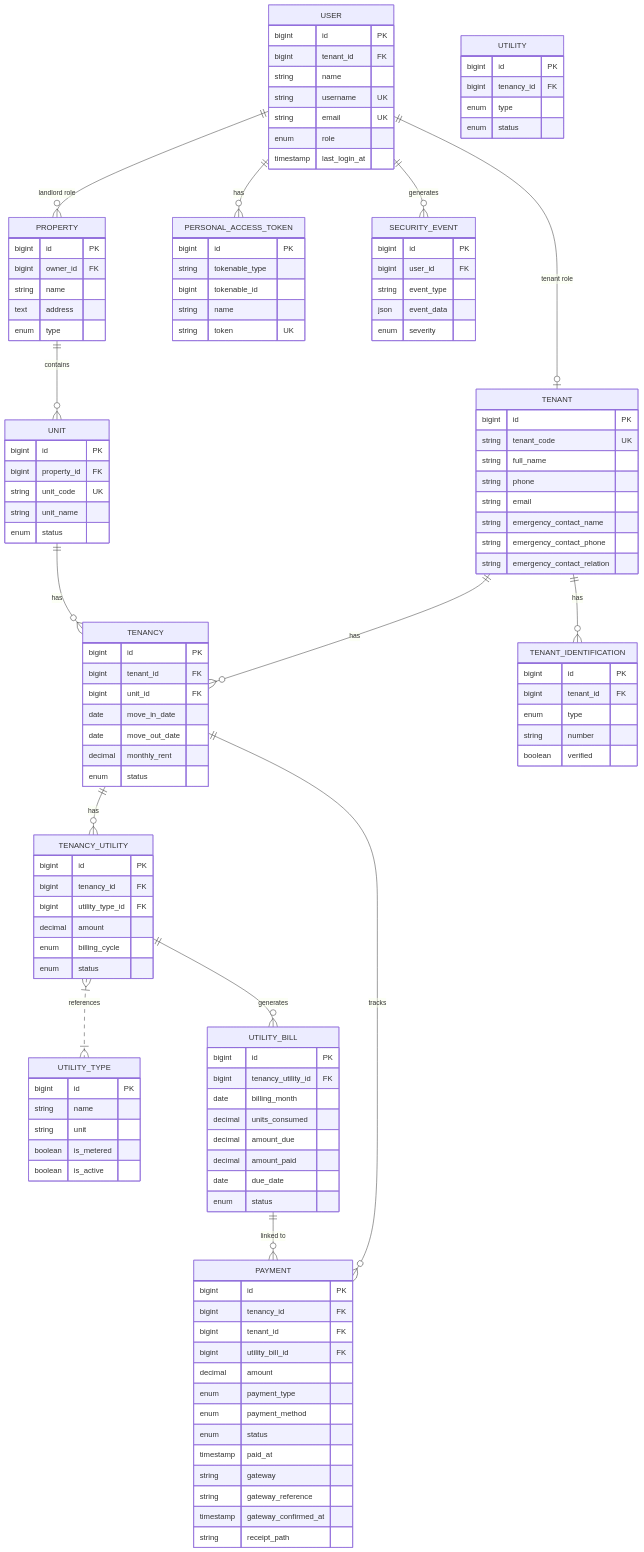
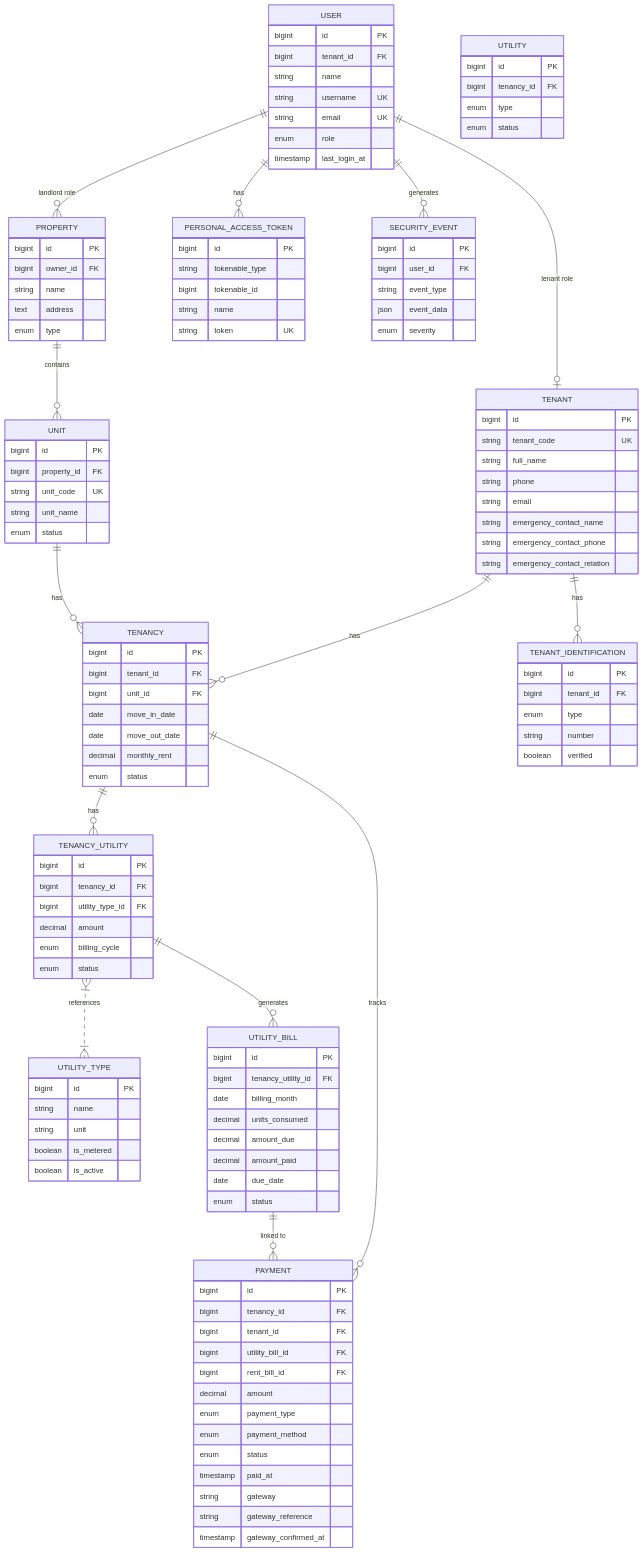
One commit to luisosena/estate changed the second of 2 diagrams in docs/projectsummary/DATABASE_SCHEMA.md. Above: the diagram before and after it, drawn with Mermaid. The commit also changed other lines of this file and 8 other files, not shown here.

```diff
--- a/docs/projectsummary/DATABASE_SCHEMA.md
+++ b/docs/projectsummary/DATABASE_SCHEMA.md
@@ -740,6 +740,7 @@
         bigint tenancy_id FK
         bigint tenant_id FK
         bigint utility_bill_id FK
+        bigint rent_bill_id FK
         decimal amount
         enum payment_type
         enum payment_method
@@ -748,7 +749,6 @@
         string gateway
         string gateway_reference
         timestamp gateway_confirmed_at
-        string receipt_path
     }
     
     UTILITY_TYPE {
```
